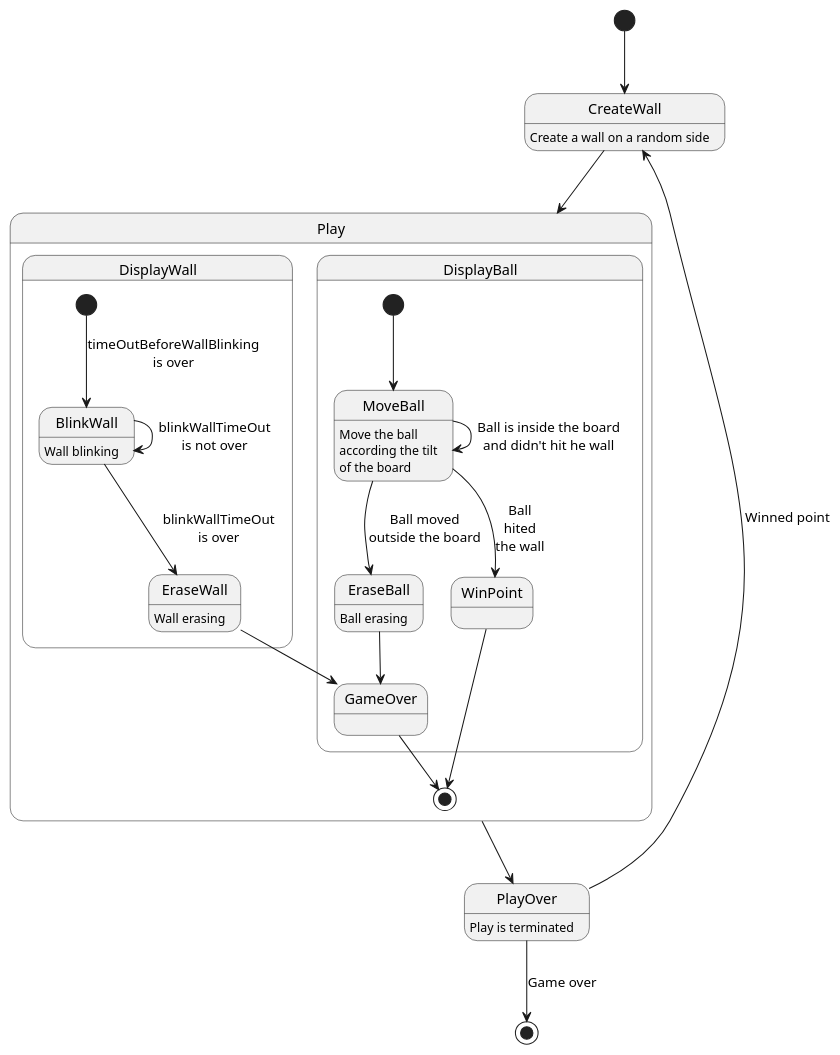
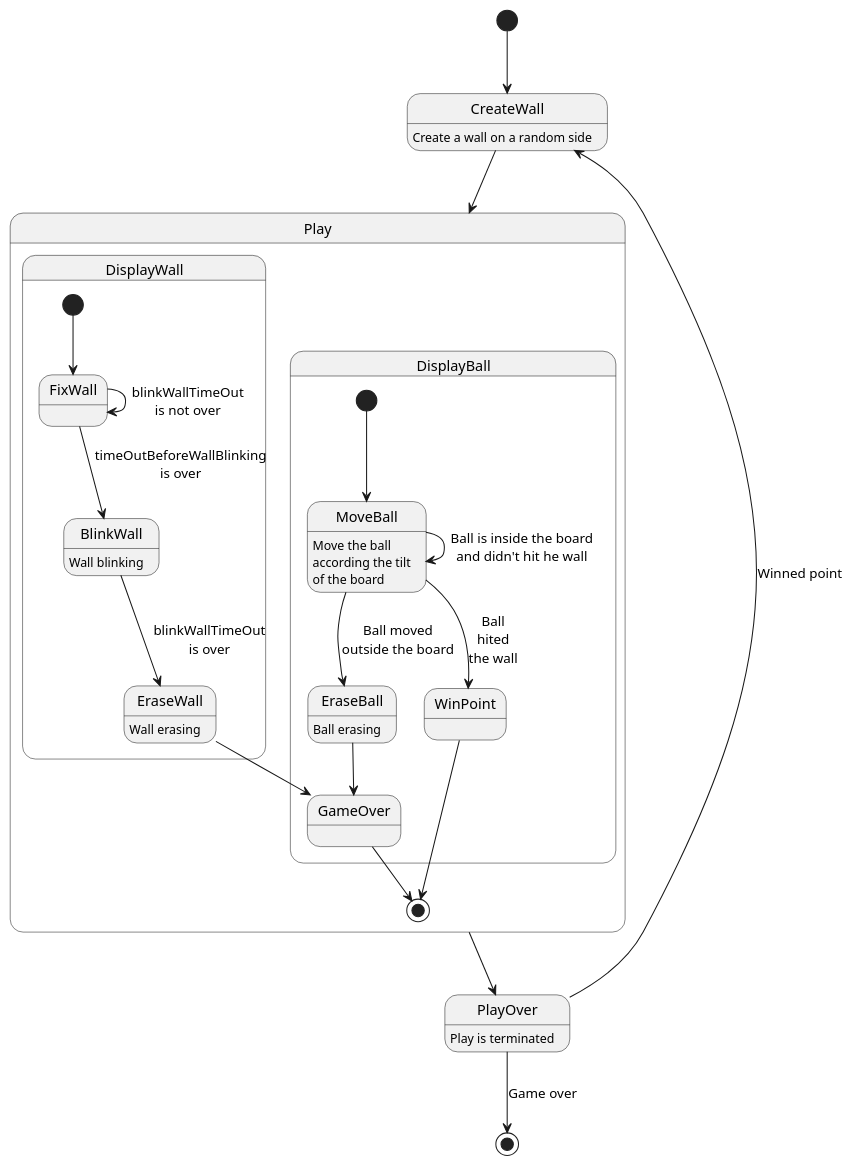
The diagram in Arduino-nano/LedsPong/LedsPong.puml (jebissey/GamesOfSkill), drawn with PlantUML before and after one commit. The commit also changed 9 other files, not shown here.

```diff
--- a/Arduino-nano/LedsPong/LedsPong.puml
+++ b/Arduino-nano/LedsPong/LedsPong.puml
@@ -1,36 +1,42 @@
 @startuml
 
 [*] --> CreateWall
 CreateWall : Create a wall on a random side
 
 CreateWall --> Play 
 state Play {
+
     state DisplayBall {
         [*] --> MoveBall
         MoveBall : Move the ball\naccording the tilt\nof the board
         MoveBall --> MoveBall : Ball is inside the board\nand didn't hit he wall
         MoveBall --> WinPoint : Ball\nhited\nthe wall
+        MoveBall -->  EraseBall :  Ball moved\noutside the board
 
-        MoveBall -->  EraseBall :  Ball moved\noutside the board
         EraseBall : Ball erasing
         EraseBall --> GameOver
     }
+
     state DisplayWall {
-        [*] --> BlinkWall : timeOutBeforeWallBlinking\nis over
+        [*] --> FixWall
+        FixWall --> FixWall : blinkWallTimeOut\nis not over
+        FixWall --> BlinkWall : timeOutBeforeWallBlinking\nis over
+        
         BlinkWall : Wall blinking
         BlinkWall --> EraseWall : blinkWallTimeOut\nis over
-        BlinkWall --> BlinkWall : blinkWallTimeOut\nis not over
 
         EraseWall : Wall erasing
         EraseWall --> GameOver
     }
+
     WinPoint --> [*]
     GameOver --> [*]
 }
+
 Play -down-> PlayOver
 
 PlayOver : Play is terminated
 PlayOver --> CreateWall : Winned point
 PlayOver --> [*] : Game over
 
 @enduml
```
